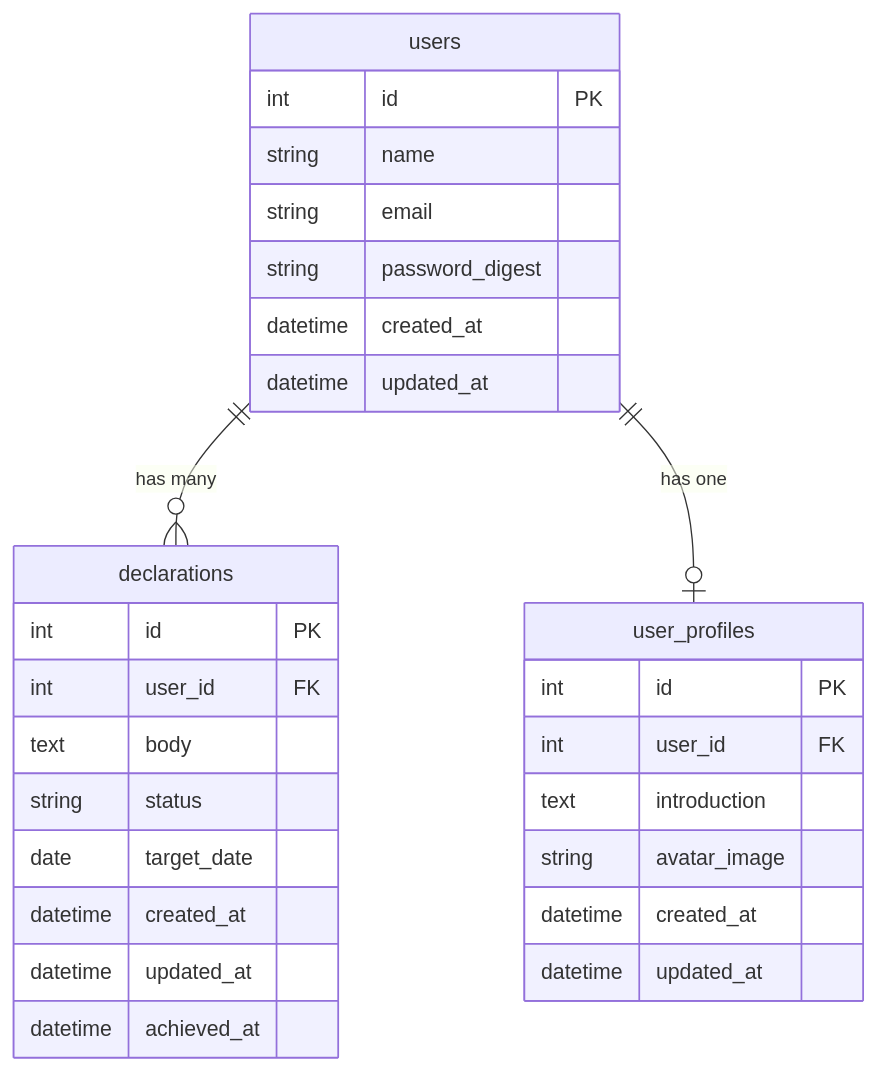
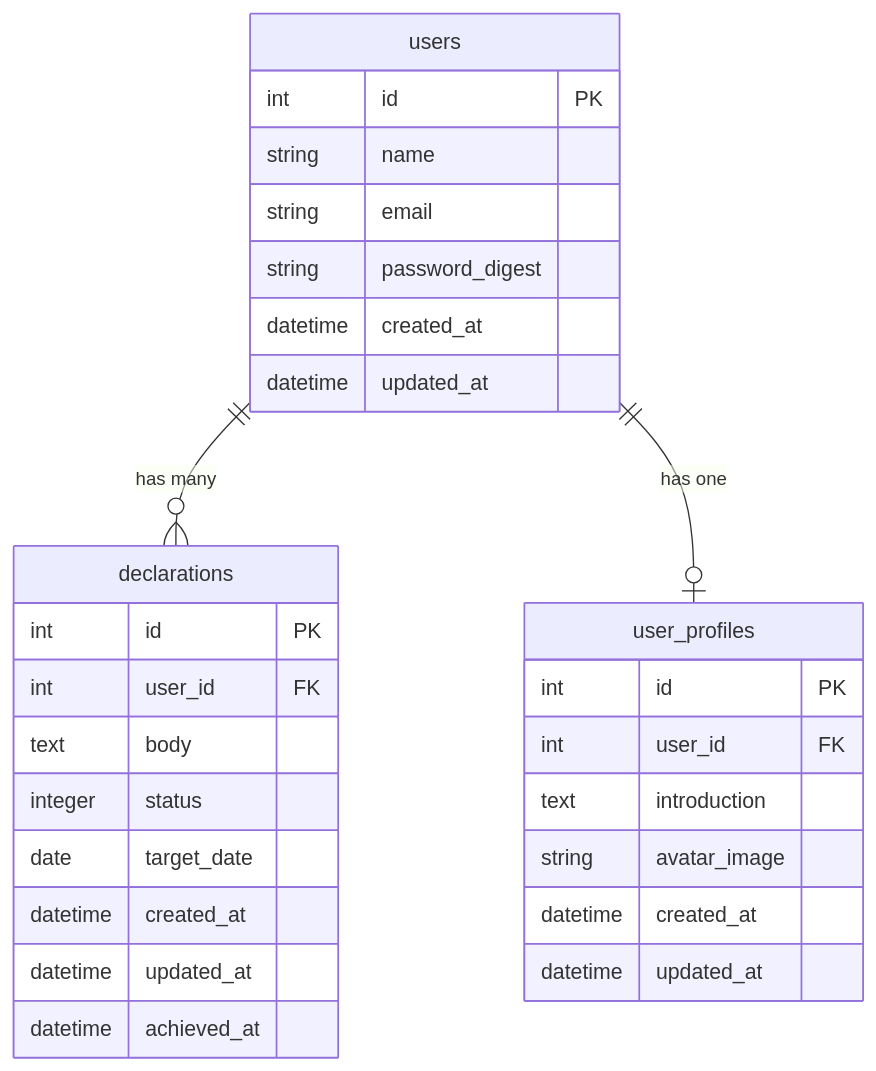
One commit to yusuke-kr2/sengenkouka changed the diagram in README.md. Above: the diagram before and after it, drawn with Mermaid. The commit also changed other lines of this file, not shown here.

Commit message:
fix: change status type to integer with enum

````diff
--- a/README.md
+++ b/README.md
@@ -282,34 +282,34 @@
 ```mermaid
 erDiagram
   users {
     int id PK
     string name
     string email
     string password_digest
     datetime created_at
     datetime updated_at
   }
 
   declarations {
     int id PK
     int user_id FK
     text body
-    string status
+    integer status
     date target_date
     datetime created_at
     datetime updated_at
     datetime achieved_at
   }
 
   user_profiles {
     int id PK
     int user_id FK
     text introduction
     string avatar_image
     datetime created_at
     datetime updated_at
   }
 
   users ||--o{ declarations : "has many"
   users ||--o| user_profiles : "has one"
 ```
````
